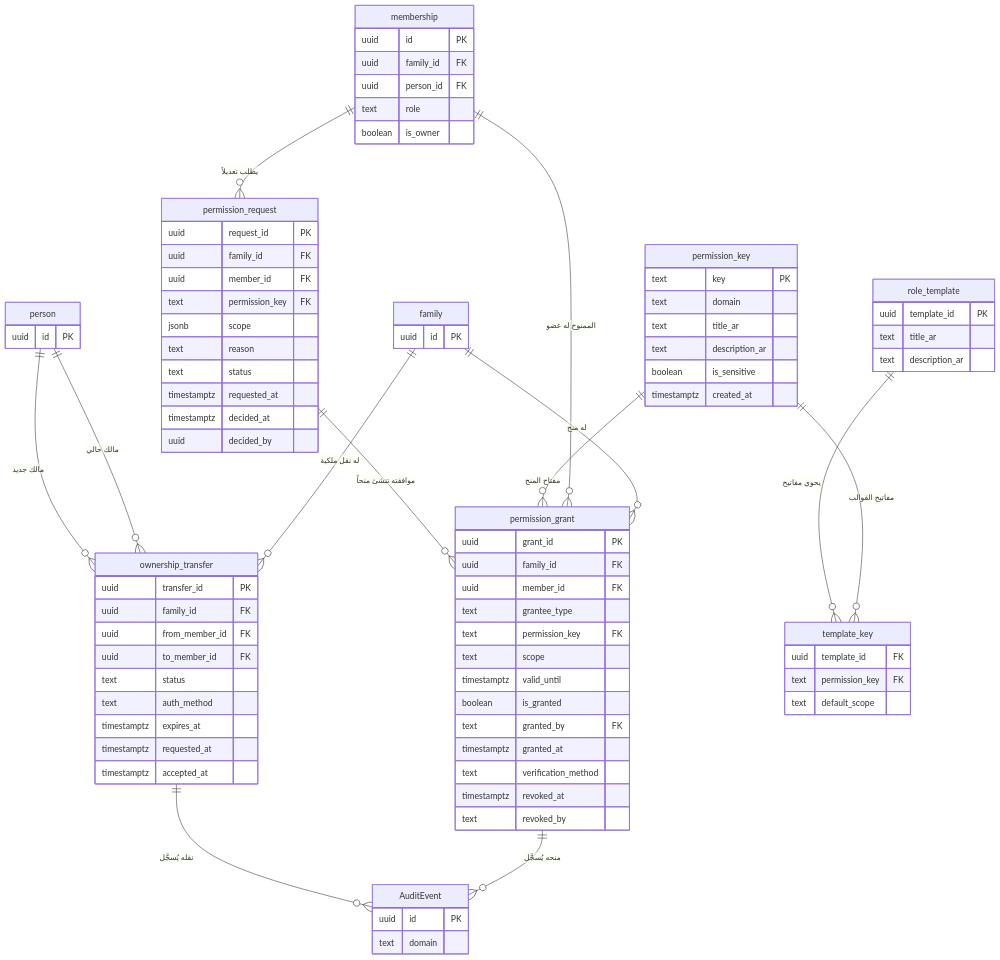
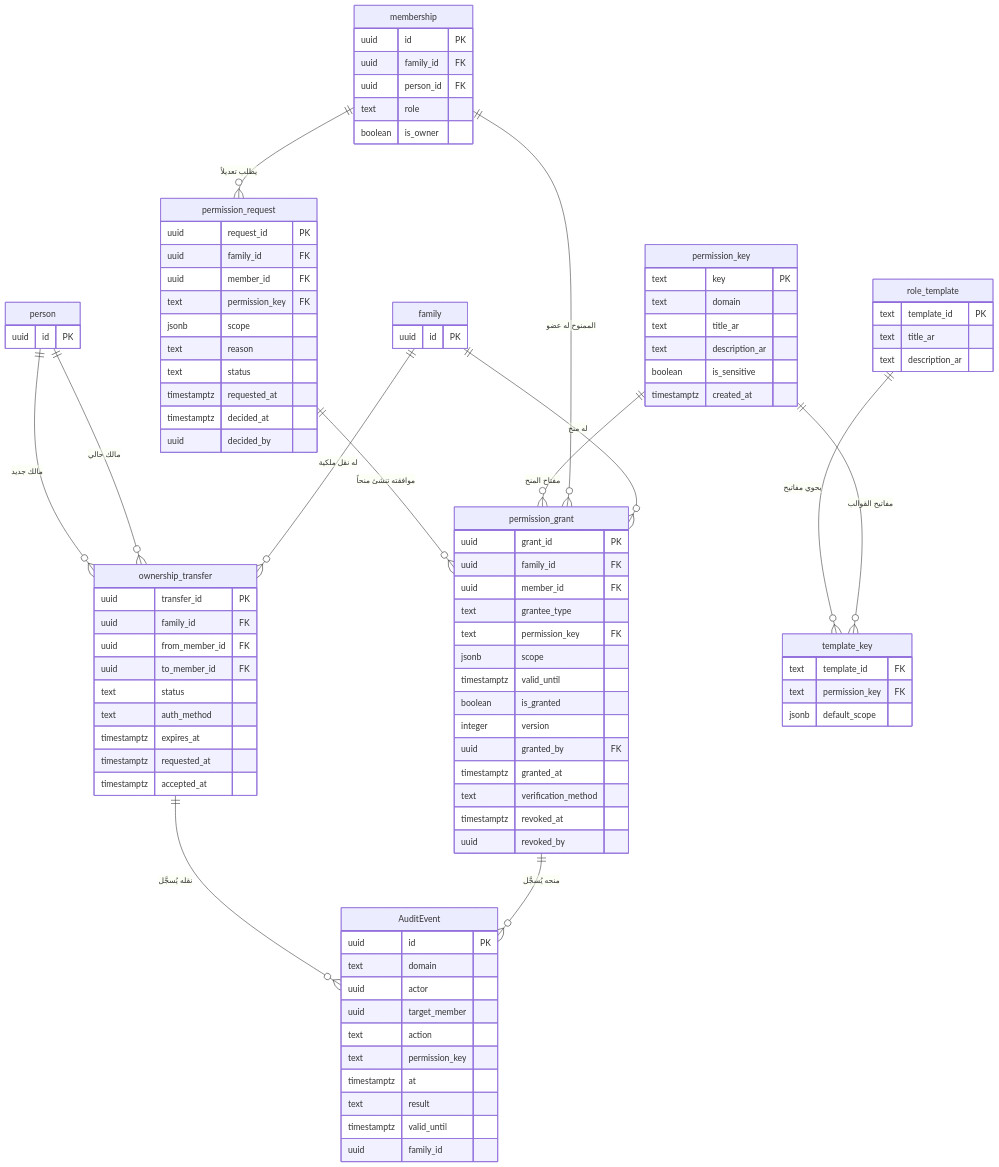
One commit to Bassam-mohammed-alqaeadi/family-os-v2 changed the second of 14 diagrams in docs/family-os/governance/phases/phase-1/S1-03-family-roles-and-permissions/DIAGRAMS.md. Above: the diagram before and after it, drawn with Mermaid. The commit also changed other lines of this file and 1 other file, not shown here.

````diff
--- a/docs/family-os/governance/phases/phase-1/S1-03-family-roles-and-permissions/DIAGRAMS.md
+++ b/docs/family-os/governance/phases/phase-1/S1-03-family-roles-and-permissions/DIAGRAMS.md
@@ -105,14 +109,14 @@
         timestamptz created_at
     }
     role_template {
-        uuid template_id PK
+        text template_id PK
         text title_ar
         text description_ar
     }
     template_key {
-        uuid template_id FK
+        text template_id FK
         text permission_key FK
-        text default_scope
+        jsonb default_scope
     }
     permission_grant {
         uuid grant_id PK
@@ -120,14 +124,15 @@
         uuid member_id FK
         text grantee_type
         text permission_key FK
-        text scope
+        jsonb scope
         timestamptz valid_until
         boolean is_granted
-        text granted_by FK
+        integer version
+        uuid granted_by FK
         timestamptz granted_at
         text verification_method
         timestamptz revoked_at
-        text revoked_by
+        uuid revoked_by
     }
     permission_request {
         uuid request_id PK
@@ -168,5 +173,13 @@
     AuditEvent {
         uuid id PK
         text domain
+        uuid actor
+        uuid target_member
+        text action
+        text permission_key
+        timestamptz at
+        text result
+        timestamptz valid_until
+        uuid family_id
     }
 ```
````
